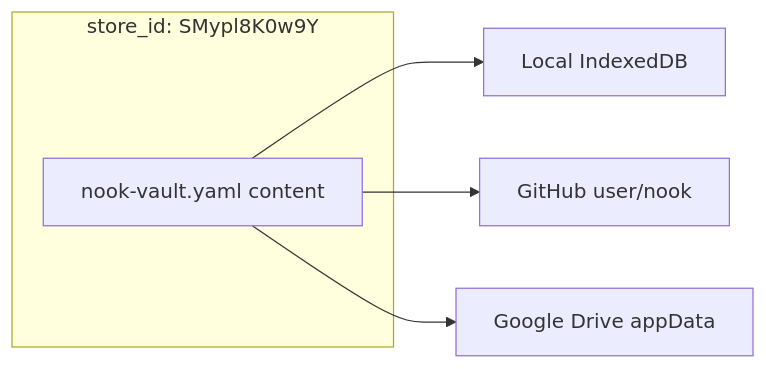
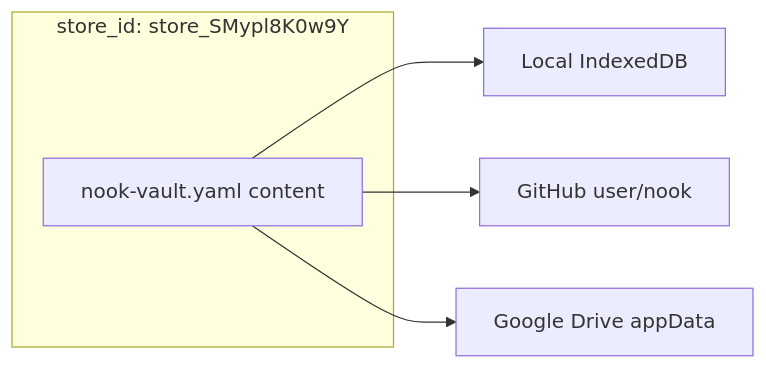
The diagram in .cortex/design-docs/secret-store-identity.md (meta-secret/nook), drawn with Mermaid before and after one commit. The commit also changed other lines of this file and 12 other files, not shown here.

````diff
--- a/.cortex/design-docs/secret-store-identity.md
+++ b/.cortex/design-docs/secret-store-identity.md
@@ -58,9 +71,9 @@
 ```mermaid
 flowchart LR
-  subgraph store["store_id: SMypl8K0w9Y"]
+  subgraph store["store_id: store_SMypl8K0w9Y"]
     V[nook-vault.yaml content]
   end
   V --> L[Local IndexedDB]
   V --> G[GitHub user/nook]
   V --> D[Google Drive appData]
 ```
````
